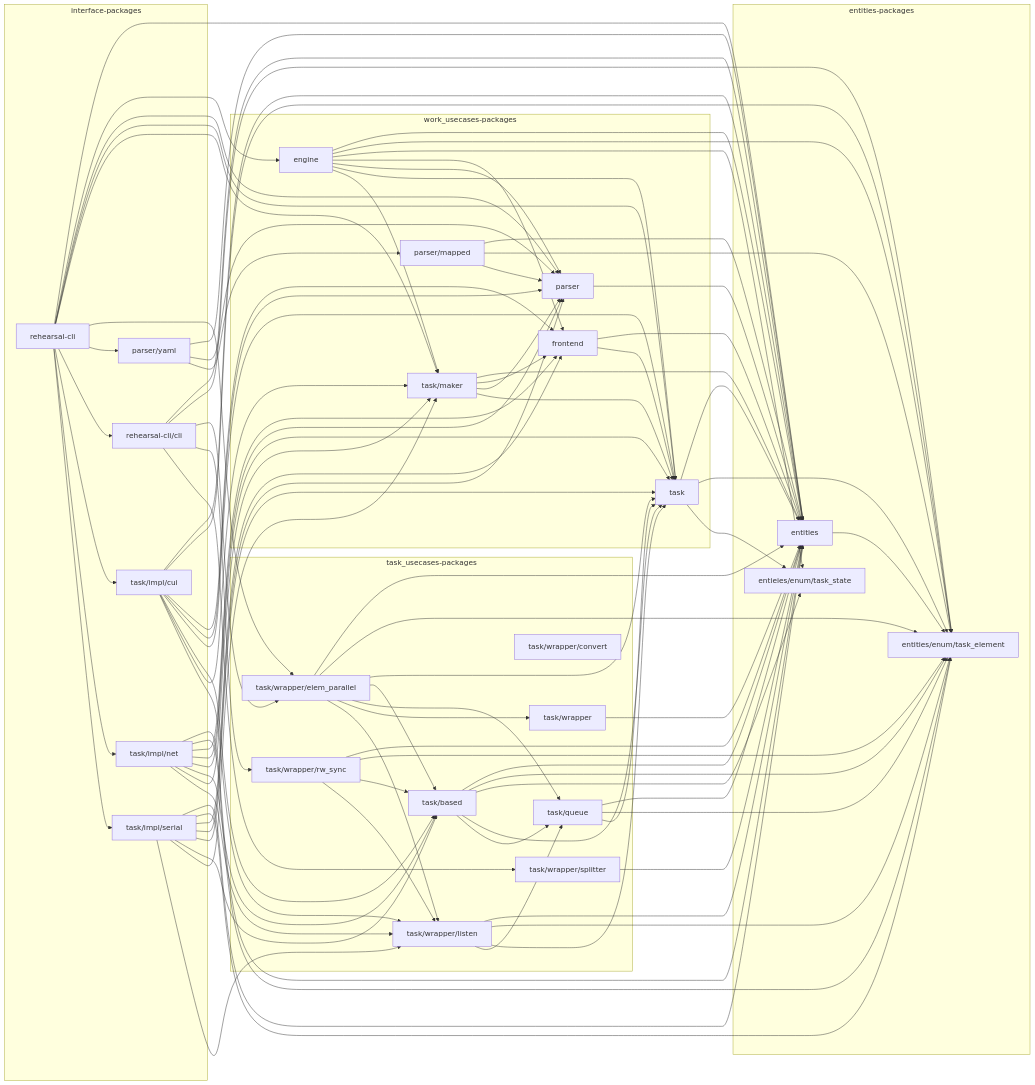
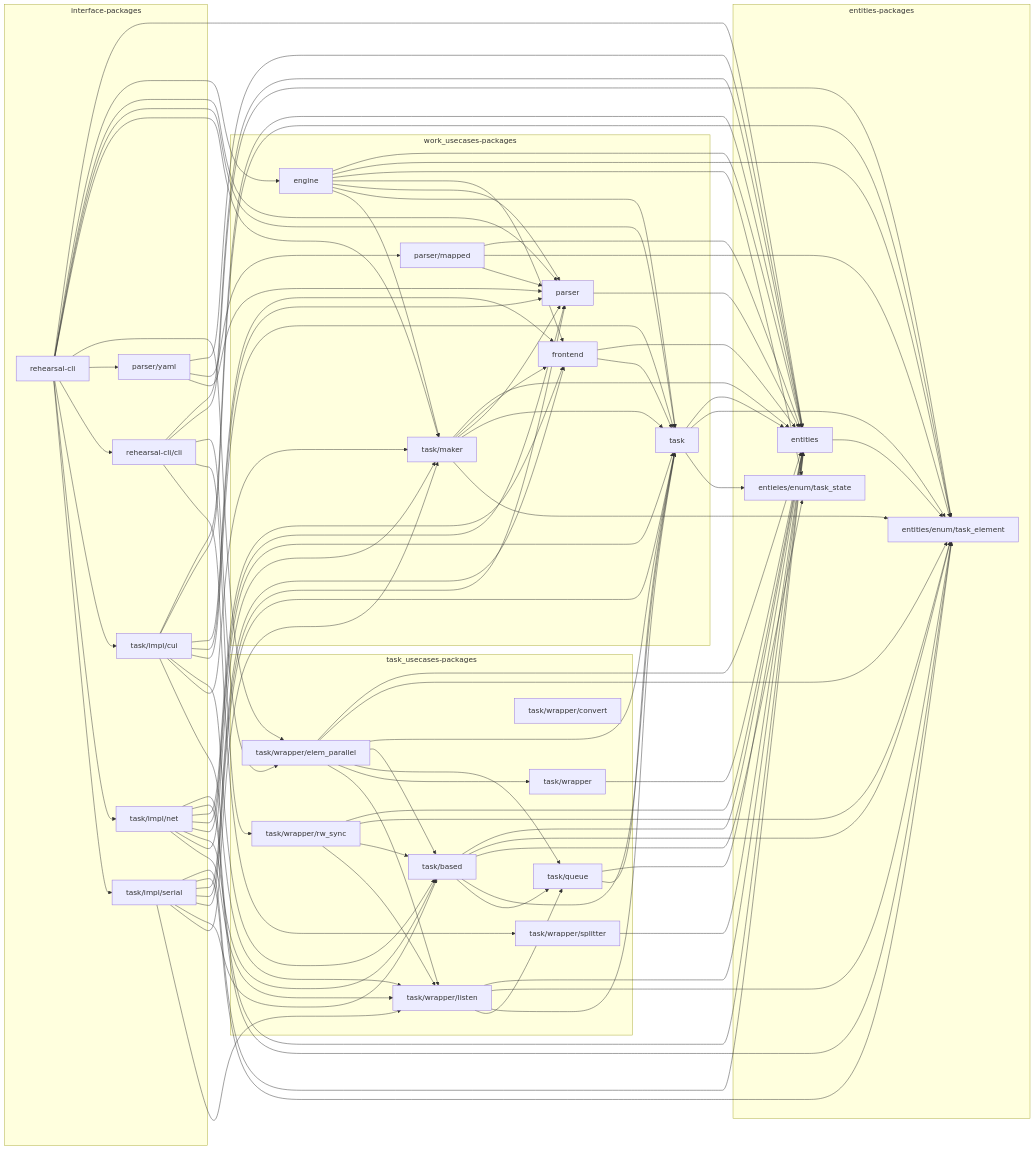
The diagram in readme.md (rehearsal-open/rehearsal), drawn with Mermaid before and after one commit.

Commit message:
githubでの表示ができるようにする

````diff
--- a/readme.md
+++ b/readme.md
@@ -87,40 +87,93 @@
   cli[rehearsal-cli/cli]
 end
 
-engine --> entities & task_element & task_state
-engine --> frontend & parser & task & maker
+engine --> entities
+engine --> task_element
+engine --> task_state
+engine --> frontend
+engine --> parser
+engine --> task
+engine --> maker
 entities --> task_element
 frontend --> entities
 frontend --> task
-mapped --> entities & task_element
+mapped --> entities
+mapped --> task_element
 mapped --> parser
 yaml --> entities
-yaml --> parser & mapped
+yaml --> mapped
+yaml --> parser
 parser --> entities
-cli --> entities & task_element
-cli --> elem_parallel & rw_sync & splitter
+cli --> entities
+cli --> task_element
+cli --> elem_parallel
+cli --> rw_sync
+cli --> splitter
 main --> entities
-main --> engine & parser & task & maker & elem_parallel
-main --> yaml & cli & cui & net & serial
-based --> entities & task_element & task_state
-based --> task & queue
-cui --> entities & task_element
-cui --> frontend & parser & task & based & maker & listen
-net --> entities & task_element
-net --> frontend & parser & task & based & maker & listen
-serial --> entities & task_element
-serial --> frontend & parser & task & based & maker & listen
+main --> engine
+main --> parser
+main --> task
+main --> maker
+main --> elem_parallel
+main --> yaml
+main --> cli
+main --> cui
+main --> net
+main --> serial
+based --> entities
+based --> task_element
+based --> task_state
+based --> task
+based --> queue
+cui --> entities
+cui --> task_element
+cui --> frontend
+cui --> parser
+cui --> task
+cui --> based
+cui --> maker
+cui --> listen
+net --> entities
+net --> task_element
+net --> frontend
+net --> parser
+net --> task
+net --> based
+net --> maker
+net --> listen
+serial --> entities
+serial --> task_element
+serial --> frontend
+serial --> parser
+serial --> task
+serial --> based
+serial --> maker
+serial --> listen
 maker --> entities
-maker --> frontend & parser & task
-queue --> entities & task_element
+maker --> frontend
+maker --> parser
+maker --> task
+queue --> entities
+maker --> task_element
 queue --> task
-elem_parallel --> entities & task_element
-elem_parallel --> task & based & queue & wrapper & listen
-listen --> entities & task_element
-listen --> task & queue
-rw_sync --> entities & task_element
-rw_sync --> based & listen
+elem_parallel --> entities
+elem_parallel --> task_element
+elem_parallel --> task
+elem_parallel --> based
+elem_parallel --> queue
+elem_parallel --> wrapper
+elem_parallel --> listen
+listen --> entities
+listen --> task_element
+listen --> task
+listen --> queue
+rw_sync --> entities
+rw_sync --> task_element
+rw_sync --> based
+rw_sync --> listen
 splitter --> entities
 wrapper --> entities
-task --> entities & task_element & task_state
+task --> entities
+task --> task_element
+task --> task_state
 ```
````
